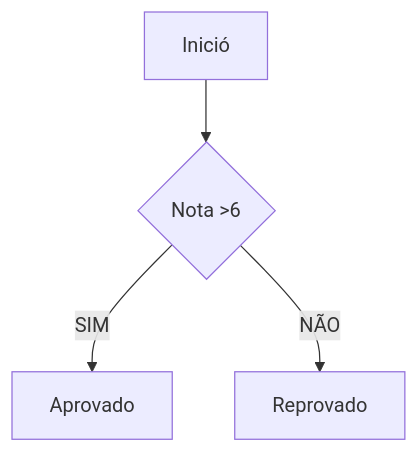
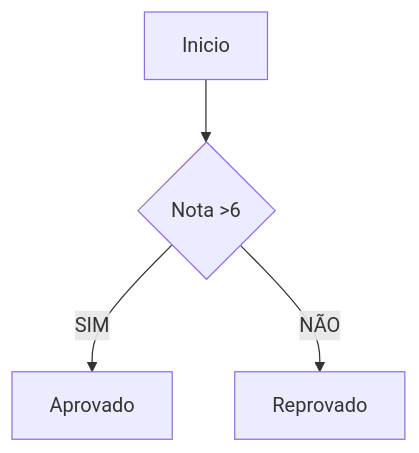
One commit to Joao1paulo/grafico_g changed the second of 3 diagrams in README.md. Above: the diagram before and after it, drawn with Mermaid. The commit also changed other lines of this file, not shown here.

````diff
--- a/README.md
+++ b/README.md
@@ -11,6 +11,6 @@
 ```mermaid
 graph TD;
-A[Inició] --> B{Nota >6};
+A[Inicio] --> B{Nota >6};
 B --> |SIM| C[Aprovado];
 B --> |NÃO| D[Reprovado];
 ```
````
